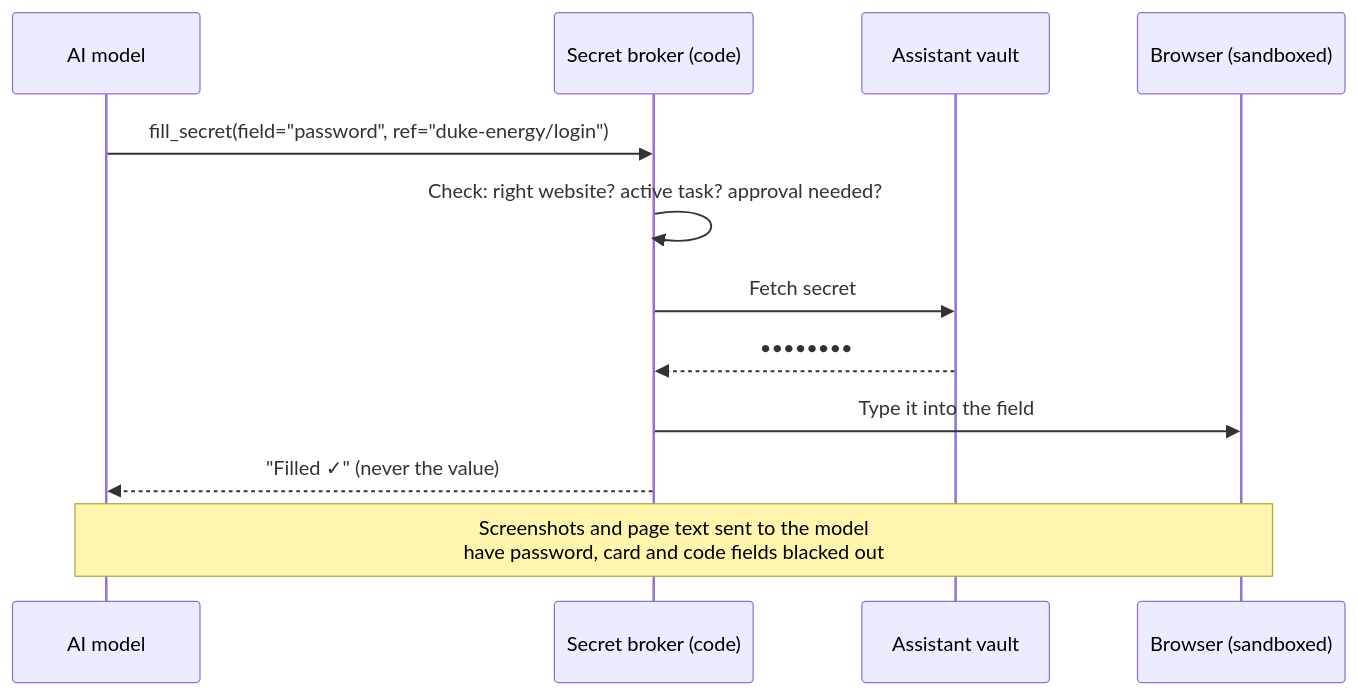
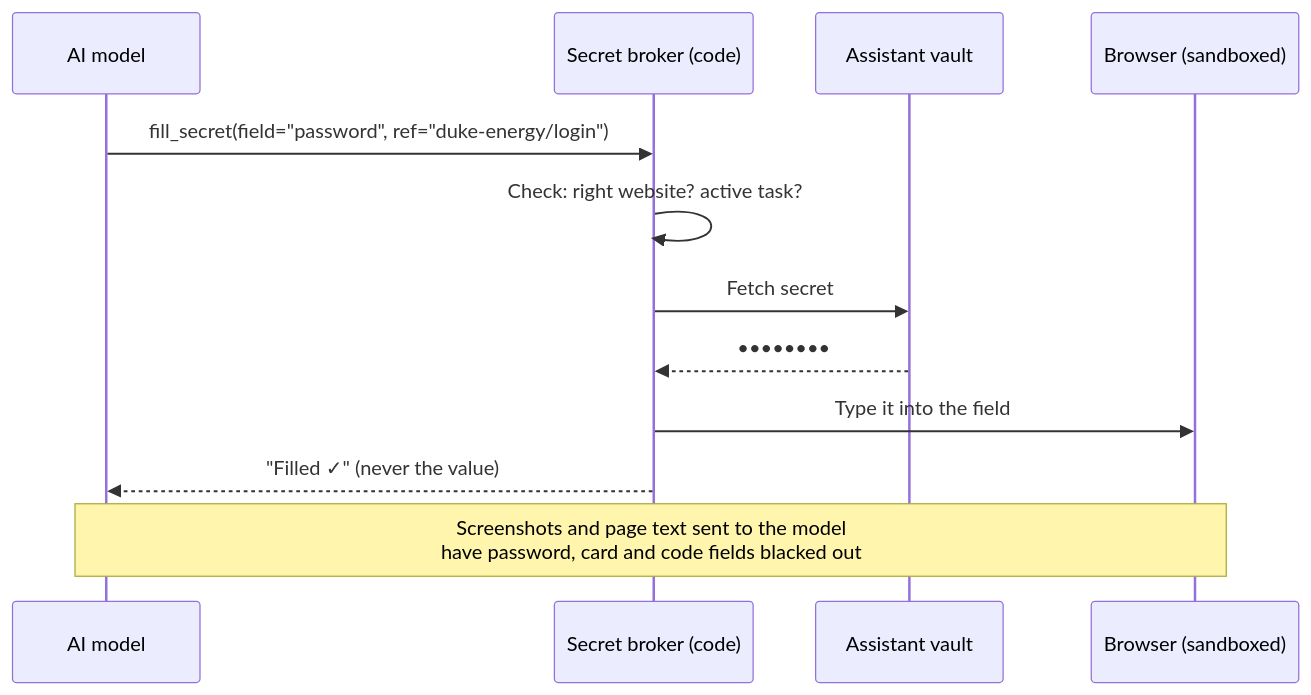
Before and after one commit to jovansethipersonal/Personal-Assistant-: the diagram in docs/SECURE-CREDENTIALS.md, drawn with Mermaid. The commit also changed other lines of this file and 1 other file, not shown here.

````diff
--- a/docs/SECURE-CREDENTIALS.md
+++ b/docs/SECURE-CREDENTIALS.md
@@ -15,14 +17,14 @@
 ```mermaid
 sequenceDiagram
     participant M as AI model
     participant B as Secret broker (code)
     participant V as Assistant vault
     participant W as Browser (sandboxed)
     M->>B: fill_secret(field="password", ref="duke-energy/login")
-    B->>B: Check: right website? active task? approval needed?
+    B->>B: Check: right website? active task?
     B->>V: Fetch secret
     V-->>B: ••••••••
     B->>W: Type it into the field
     B-->>M: "Filled ✓" (never the value)
     Note over M,W: Screenshots and page text sent to the model<br/>have password, card and code fields blacked out
 ```
````
